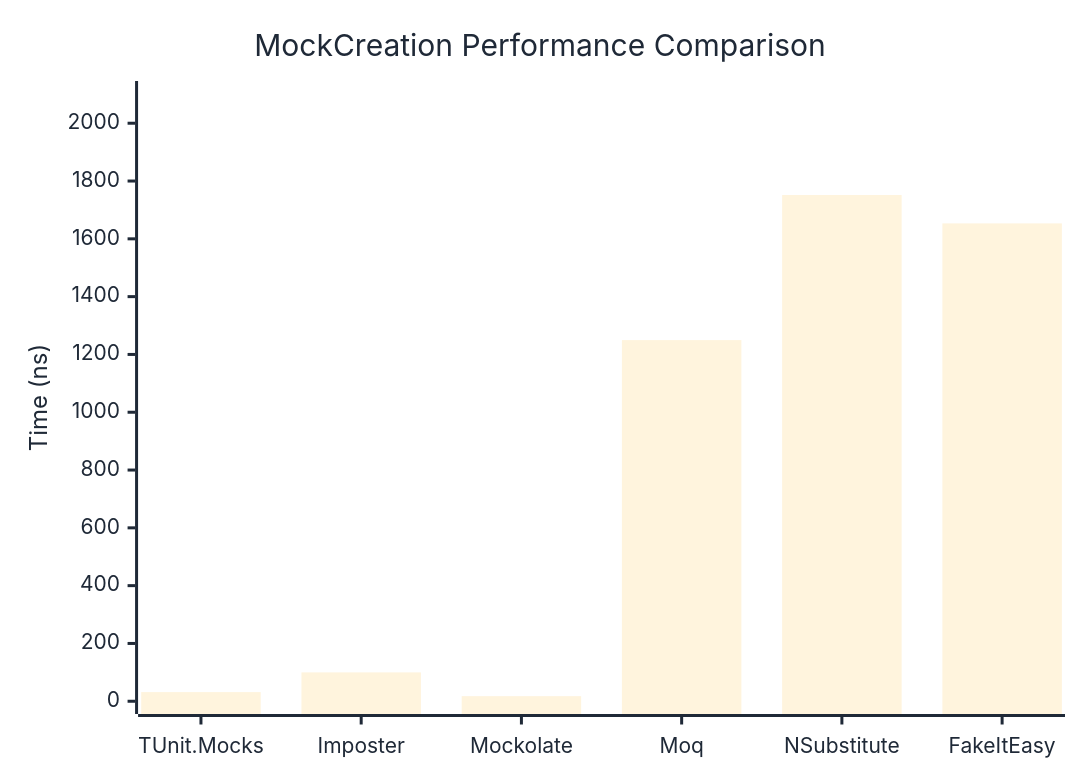
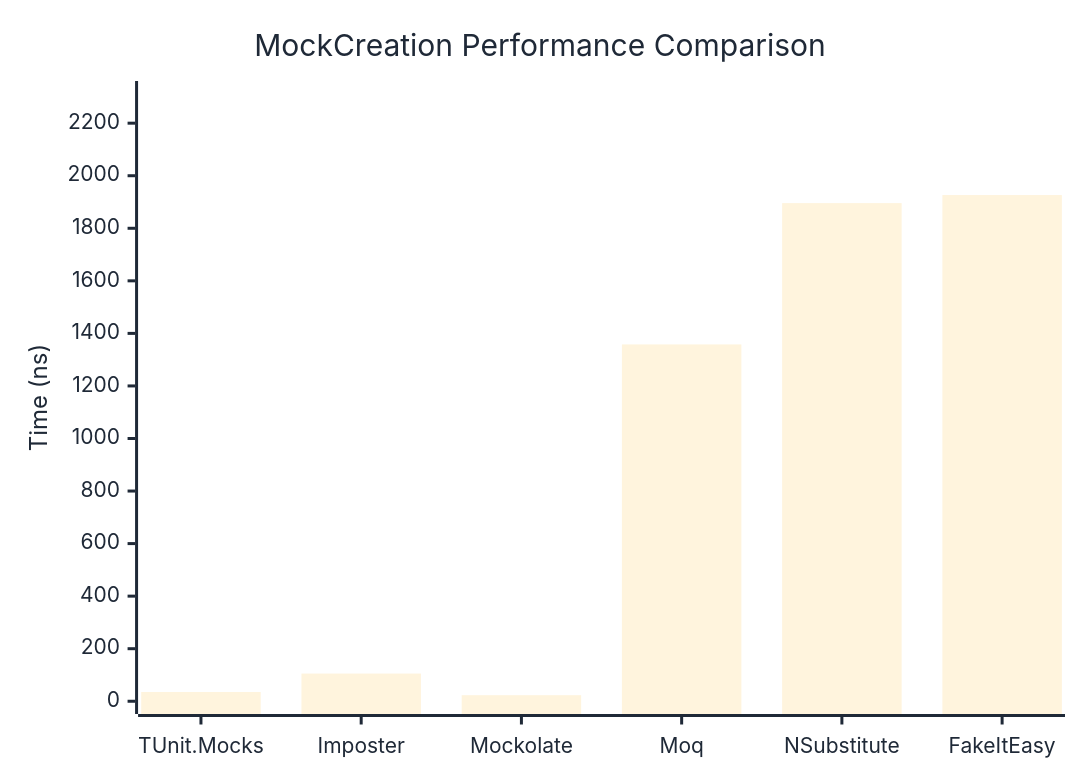
Before and after one commit to thomhurst/TUnit: the first of 2 diagrams in docs/docs/benchmarks/mocks/MockCreation.md, drawn with Mermaid. The commit also changed other lines of this file and 14 other files, not shown here.

````diff
--- a/docs/docs/benchmarks/mocks/MockCreation.md
+++ b/docs/docs/benchmarks/mocks/MockCreation.md
@@ -30,27 +30,27 @@
 ```mermaid
 %%{init: {
   'theme':'base',
   'themeVariables': {
     'primaryColor': '#2563eb',
     'primaryTextColor': '#1f2937',
     'primaryBorderColor': '#1e40af',
     'lineColor': '#6b7280',
     'secondaryColor': '#7c3aed',
     'tertiaryColor': '#dc2626',
     'background': '#ffffff',
     'pie1': '#2563eb',
     'pie2': '#7c3aed',
     'pie3': '#dc2626',
     'pie4': '#f59e0b',
     'pie5': '#10b981',
     'pie6': '#06b6d4',
     'pie7': '#ec4899',
     'pie8': '#6366f1'
   }
 }}%%
 xychart-beta
   title "MockCreation Performance Comparison"
   x-axis ["TUnit.Mocks", "Imposter", "Mockolate", "Moq", "NSubstitute", "FakeItEasy"]
-  y-axis "Time (ns)" 0 --> 2102
-  bar [31.69, 99.83, 17.61, 1249.58, 1751.57, 1653.45]
+  y-axis "Time (ns)" 0 --> 2312
+  bar [35.23, 105.43, 23.03, 1357.98, 1895.78, 1926.44]
 ```
````
